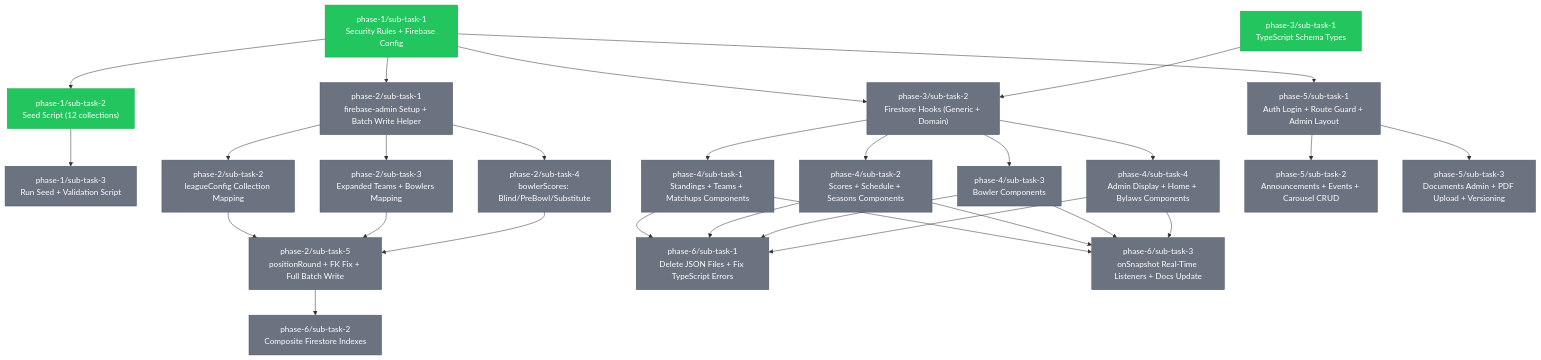
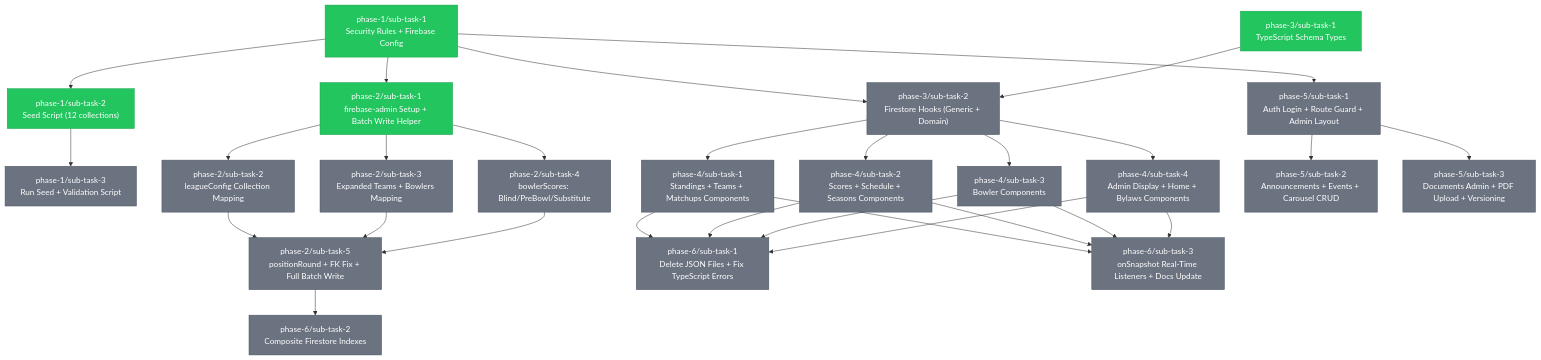
One commit to Bagwell-Oil-Imaging/late-night-happy-hour-league-site changed the diagram in .claude/tasks/TASKS.md. Above: the diagram before and after it, drawn with Mermaid. The commit also changed other lines of this file, not shown here.

```diff
--- a/.claude/tasks/TASKS.md
+++ b/.claude/tasks/TASKS.md
@@ -87,7 +87,7 @@
     class P1S1 completed
     class P1S2 completed
     class P1S3 pending
-    class P2S1 pending
+    class P2S1 completed
     class P2S2 pending
     class P2S3 pending
     class P2S4 pending
```
